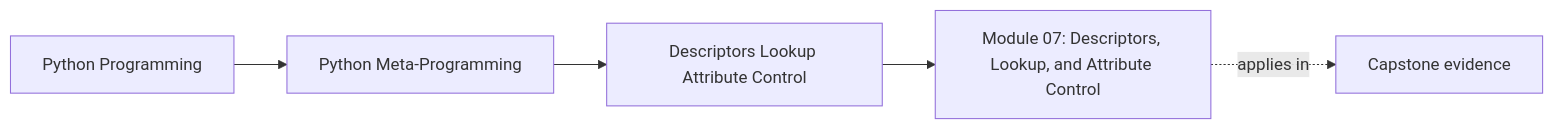
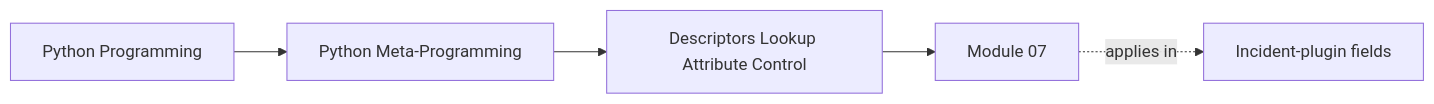
The first of 3 diagrams in programs/python-programming/python-meta-programming/course-book/module-07-descriptors-lookup-attribute-control/index.md (bijux/bijux-masterclass), drawn with Mermaid before and after one commit. The commit also changed other lines of this file, not shown here.

Commit message:
docs(module-07): establish the executable lookup route

````diff
--- a/programs/python-programming/python-meta-programming/course-book/module-07-descriptors-lookup-attribute-control/index.md
+++ b/programs/python-programming/python-meta-programming/course-book/module-07-descriptors-lookup-attribute-control/index.md
@@ -6,11 +6,11 @@
 ```mermaid
 graph LR
   family["Python Programming"]
   program["Python Meta-Programming"]
   section["Descriptors Lookup Attribute Control"]
-  page["Module 07: Descriptors, Lookup, and Attribute Control"]
-  capstone["Capstone evidence"]
+  page["Module 07"]
+  capstone["Incident-plugin fields"]
 
   family --> program --> section --> page
   page -.applies in.-> capstone
 ```
````
